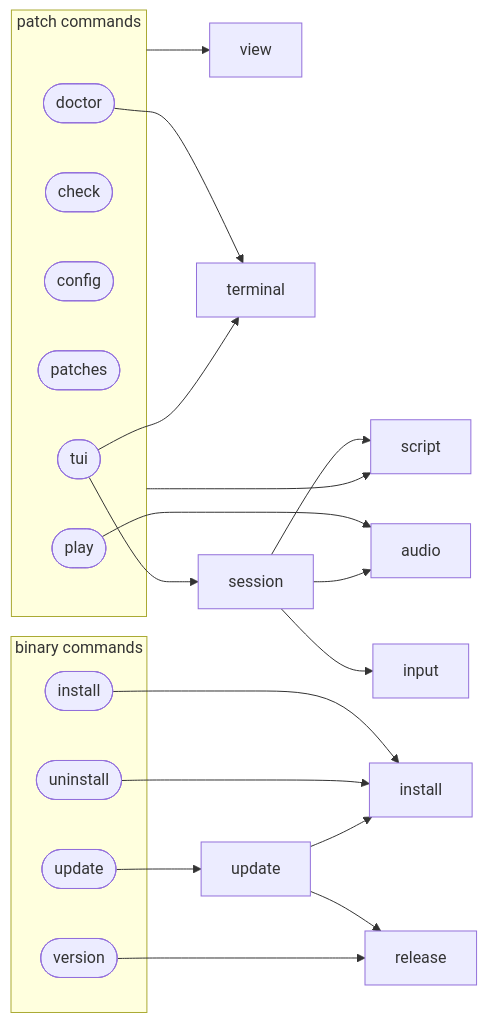
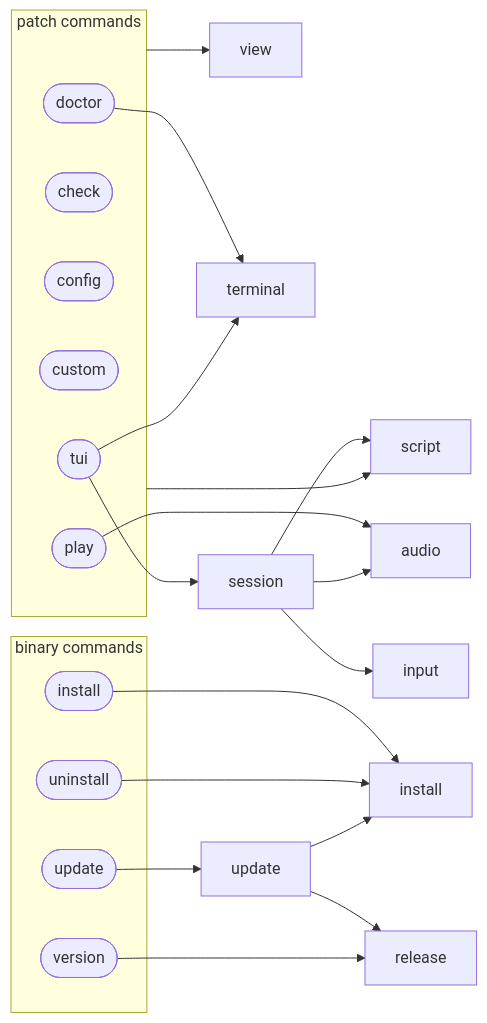
Before and after one commit to turkosaurus/synth: the diagram in src/README.md, drawn with Mermaid. The commit also changed 40 other files, not shown here.

First line of the commit message:
config: rename the patches folder to custom

````diff
--- a/src/README.md
+++ b/src/README.md
@@ -17,24 +17,24 @@
 ```mermaid
 flowchart LR
     subgraph patch [patch commands]
         doctor([doctor])
         check([check])
         config([config])
-        patches([patches])
+        custom([custom])
         play([play])
         tui([tui])
     end
     subgraph binary [binary commands]
         install_cmd([install])
         uninstall([uninstall])
         update_cmd([update])
         version([version])
     end
     patch --> script & view
     doctor & tui --> terminal
     play --> audio
     tui --> session --> script & audio & input
     install_cmd & uninstall --> install
     update_cmd --> update --> install & release
     version --> release
 ```
````
